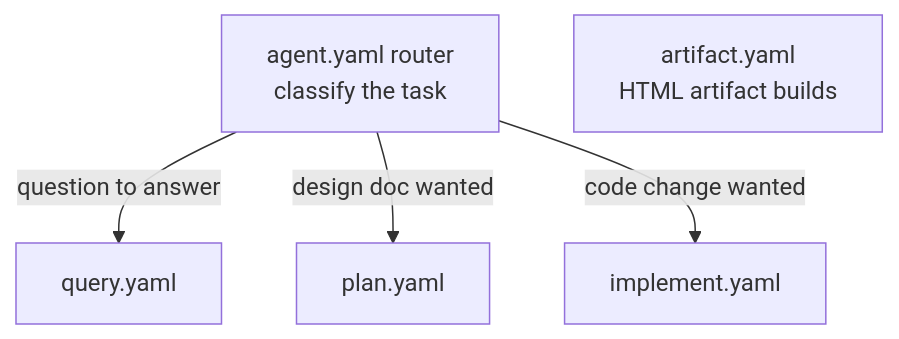
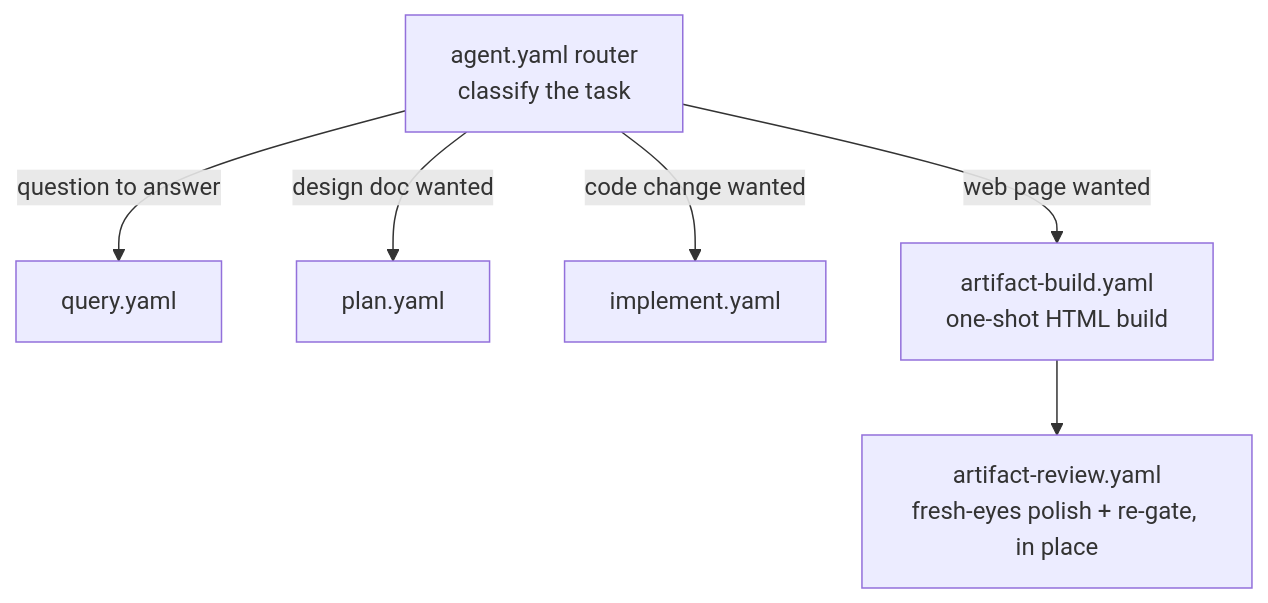
One commit to jomcgi-org/homelab changed the second of 2 diagrams in projects/firecracker/goosecracker/README.md. Above: the diagram before and after it, drawn with Mermaid. The commit also changed other lines of this file and 4 other files, not shown here.

````diff
--- a/projects/firecracker/goosecracker/README.md
+++ b/projects/firecracker/goosecracker/README.md
@@ -58,7 +58,8 @@
 ```mermaid
 graph TD
     A[agent.yaml router<br/>classify the task] -->|question to answer| Q[query.yaml]
     A -->|design doc wanted| P[plan.yaml]
     A -->|code change wanted| I[implement.yaml]
-    B[artifact.yaml<br/>HTML artifact builds]
+    A -->|web page wanted| B[artifact-build.yaml<br/>one-shot HTML build]
+    B --> R[artifact-review.yaml<br/>fresh-eyes polish + re-gate, in place]
 ```
````
